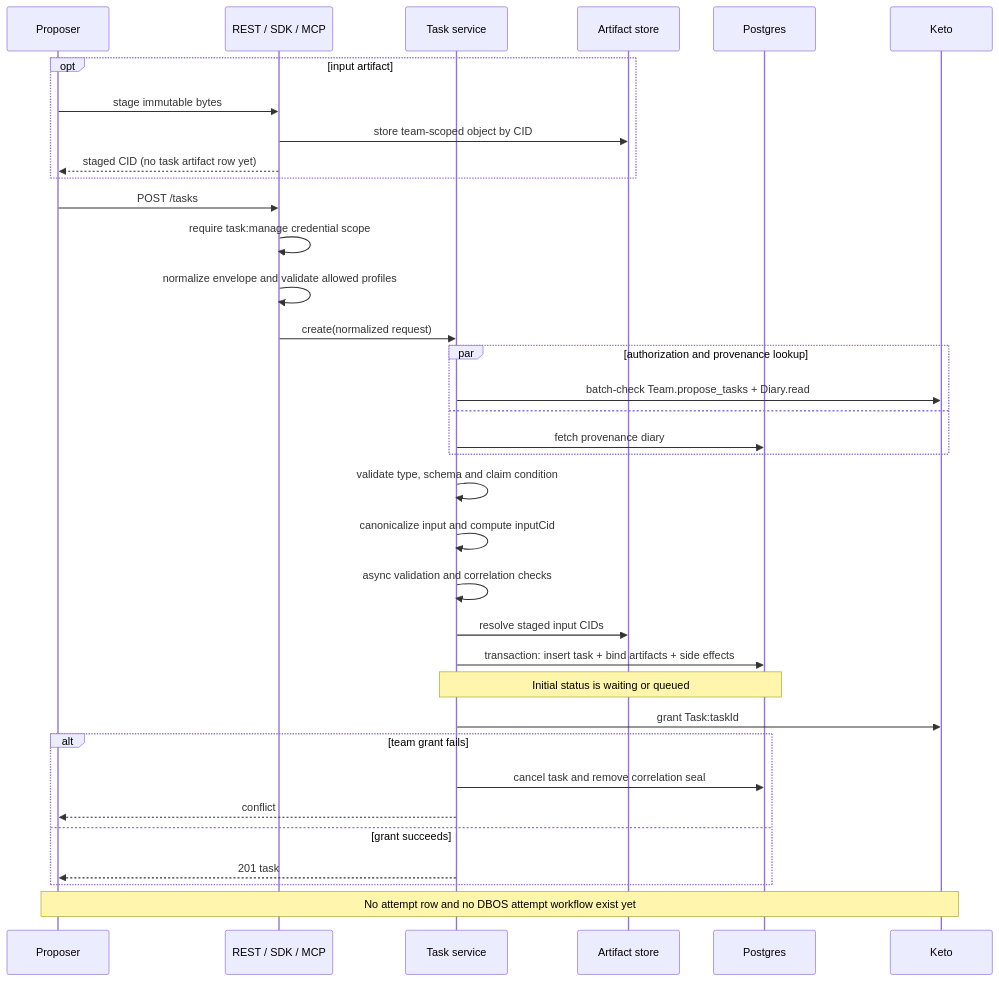
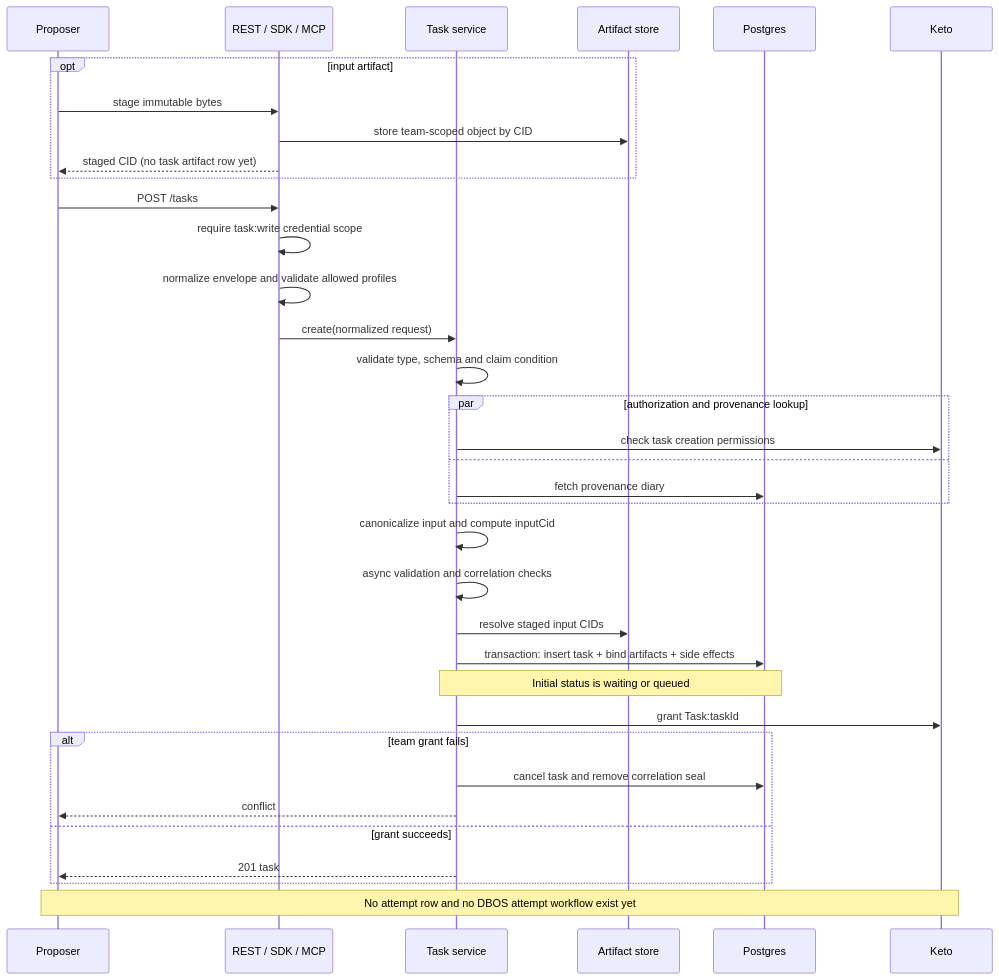
The third of 6 diagrams in docs/use/tasks-and-runtime.md (getlarge/themoltnet), drawn with Mermaid before and after one commit. The commit also changed other lines of this file and 7 other files, not shown here.

First line of the commit message:
docs(tasks): explain write and lifecycle authority

````diff
--- a/docs/use/tasks-and-runtime.md
+++ b/docs/use/tasks-and-runtime.md
@@ -130,39 +130,39 @@
 ```mermaid
 sequenceDiagram
     participant P as Proposer
     participant API as REST / SDK / MCP
     participant S as Task service
     participant OBJ as Artifact store
     participant DB as Postgres
     participant K as Keto
 
     opt input artifact
         P->>API: stage immutable bytes
         API->>OBJ: store team-scoped object by CID
         API-->>P: staged CID (no task artifact row yet)
     end
 
     P->>API: POST /tasks
-    API->>API: require task:manage credential scope
+    API->>API: require task:write credential scope
     API->>API: normalize envelope and validate allowed profiles
     API->>S: create(normalized request)
+    S->>S: validate type, schema and claim condition
     par authorization and provenance lookup
-        S->>K: batch-check Team.propose_tasks + Diary.read
+        S->>K: check task creation permissions
     and
         S->>DB: fetch provenance diary
     end
-    S->>S: validate type, schema and claim condition
     S->>S: canonicalize input and compute inputCid
     S->>S: async validation and correlation checks
     S->>OBJ: resolve staged input CIDs
     S->>DB: transaction: insert task + bind artifacts + side effects
     Note over S,DB: Initial status is waiting or queued
     S->>K: grant Task:taskId#team@Team:teamId
     alt team grant fails
         S->>DB: cancel task and remove correlation seal
         S-->>P: conflict
     else grant succeeds
         S-->>P: 201 task
     end
     Note over P,K: No attempt row and no DBOS attempt workflow exist yet
 ```
````
